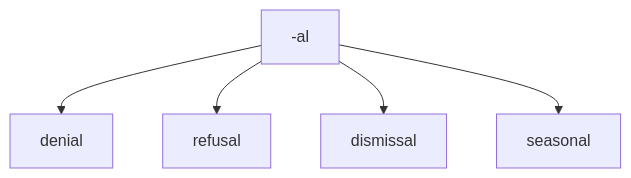
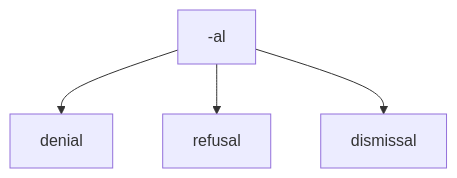
The fourth of 44 diagrams in prefixes_suffixes.md (pleabargain/EnglishHelpsYourCareer), drawn with Mermaid before and after one commit. The commit also changed other lines of this file, not shown here.

````diff
--- a/prefixes_suffixes.md
+++ b/prefixes_suffixes.md
@@ -57,10 +53,7 @@
 ```mermaid
 graph TD;
-
-    -al--> denial; 
-    -al--> refusal; 
-    -al-->dismissal; 
-    -al-->seasonal;
-
+-al--> denial; 
+-al--> refusal; 
+-al--> dismissal; 
 
 ```
````
